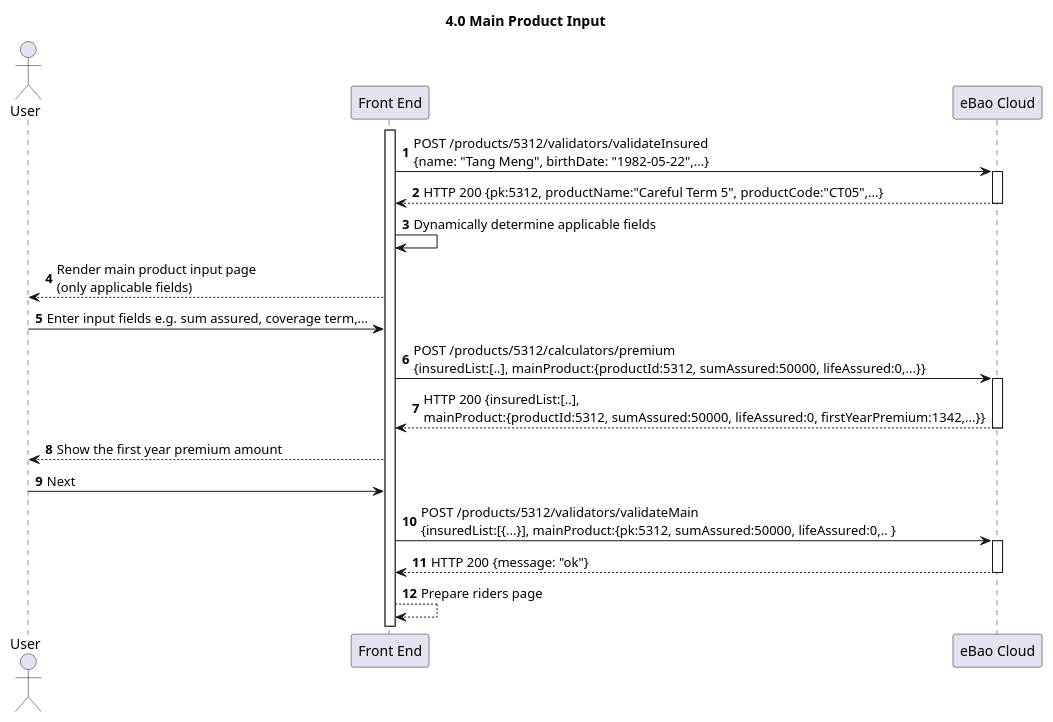
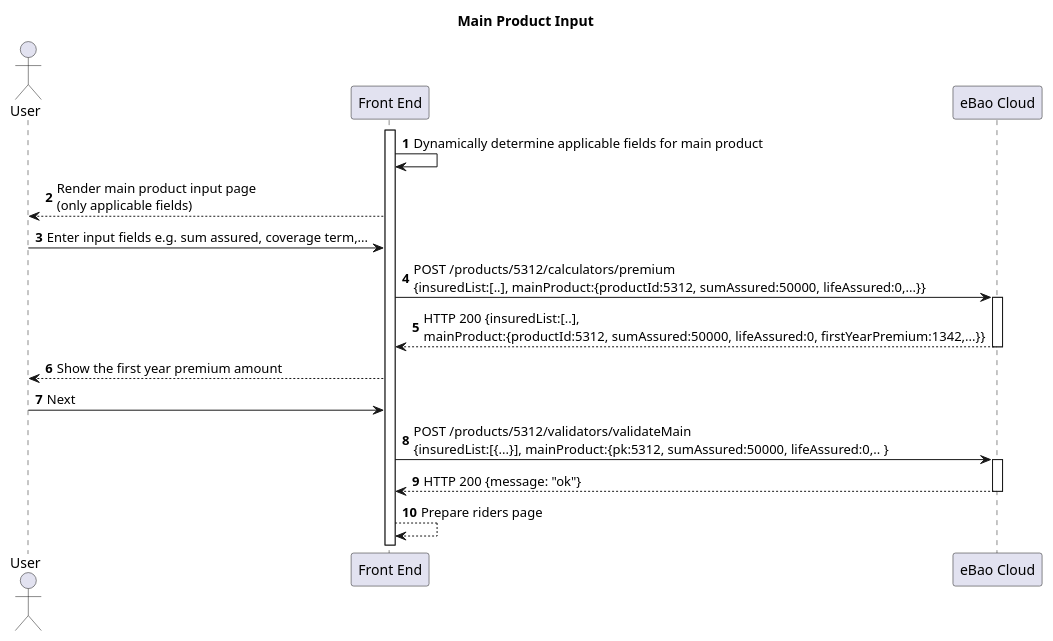
Before and after one commit to yitchoong/cloudapi: the sixth of 12 diagrams in markdown/products-2.md, drawn with PlantUML. The commit also changed other lines of this file and 5 other files, not shown here.

````diff
--- a/markdown/products-2.md
+++ b/markdown/products-2.md
@@ -312,29 +287,24 @@
 ```puml
-title **4.0 Main Product Input**
+title **Main Product Input**
 actor "User" as user
 participant "Front End" as front
 participant "eBao Cloud" as ebao
 autonumber
 
 activate front
-front -> ebao: POST /products/5312/validators/validateInsured \n{name: "Tang Meng", birthDate: "1982-05-22",...}
-activate ebao
-ebao --> front : HTTP 200 {pk:5312, productName:"Careful Term 5", productCode:"CT05",...}
-deactivate ebao
-
-front -> front : Dynamically determine applicable fields
+front -> front : Dynamically determine applicable fields for main product
 front --> user : Render main product input page \n(only applicable fields)
 user -> front : Enter input fields e.g. sum assured, coverage term,...
 front -> ebao: POST /products/5312/calculators/premium \n{insuredList:[..], mainProduct:{productId:5312, sumAssured:50000, lifeAssured:0,...}}
 activate ebao
 ebao --> front : HTTP 200 {insuredList:[..], \nmainProduct:{productId:5312, sumAssured:50000, lifeAssured:0, firstYearPremium:1342,...}}
 deactivate ebao
 front --> user: Show the first year premium amount
 
 user -> front : Next
 front -> ebao: POST /products/5312/validators/validateMain \n{insuredList:[{...}], mainProduct:{pk:5312, sumAssured:50000, lifeAssured:0,.. }
 activate ebao
 ebao --> front: HTTP 200 {message: "ok"}
 deactivate ebao
 front --> front : Prepare riders page
 ```
````
